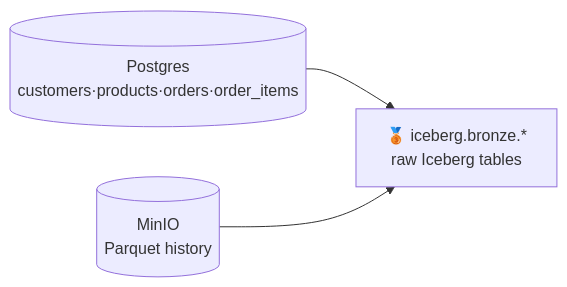
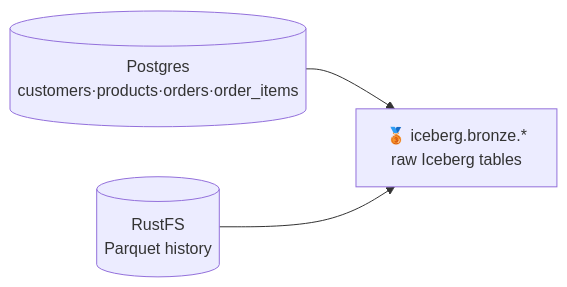
Before and after one commit to maarthala/databrick-local-simulator: the diagram in training/docs/unit4/read-bronze.md, drawn with Mermaid. The commit also changed other lines of this file and 27 other files, not shown here.

````diff
--- a/training/docs/unit4/read-bronze.md
+++ b/training/docs/unit4/read-bronze.md
@@ -14,6 +14,6 @@
 ```mermaid
 flowchart LR
   PG[(Postgres<br/>customers·products·orders·order_items)] --> B
-  S3[(MinIO<br/>Parquet history)] --> B
+  S3[(RustFS<br/>Parquet history)] --> B
   B["🥉 iceberg.bronze.*<br/>raw Iceberg tables"]
 ```
````
